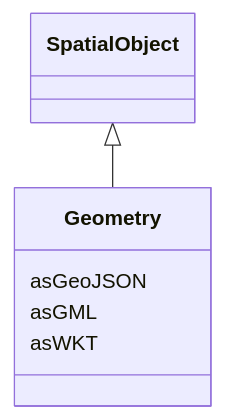
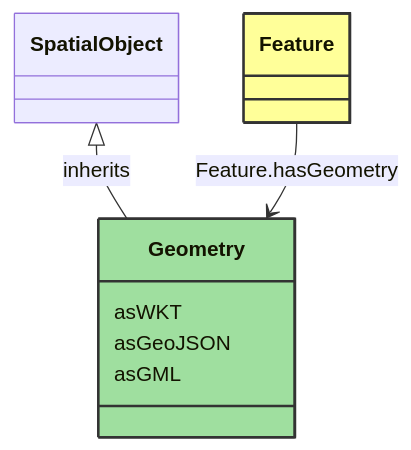
One commit to 3lbits/NoCIMExtensions changed the diagram in docs/AviationObstacle/Geometry.md. Above: the diagram before and after it, drawn with Mermaid. The commit also changed other lines of this file and 177 other files, not shown here.

````diff
--- a/docs/AviationObstacle/Geometry.md
+++ b/docs/AviationObstacle/Geometry.md
@@ -16,15 +8,26 @@
 ```mermaid
- classDiagram
+classDiagram
     class Geometry
-    click Geometry href "../Geometry"
-      SpatialObject <|-- Geometry
-        click SpatialObject href "../SpatialObject"
-      
-      Geometry : asGeoJSON
-        
-      Geometry : asGML
-        
-      Geometry : asWKT
-        
-      
+    click Geometry href "/AviationObstacle/Geometry/"
+    style Geometry fill:#9fdf9f,stroke:#333,stroke-width:2px,rx:10,ry:10
+
+        SpatialObject <|-- Geometry : inherits
+            click SpatialObject href "/AviationObstacle/SpatialObject/"
+            style SpatialObject rx:10,ry:10
+
+        Geometry
+            click Geometry href "/AviationObstacle/Geometry/"
+            style Geometry rx:10,ry:10
+
+
+        Feature --> Geometry : Feature.hasGeometry
+
+        Feature
+            click Feature href "/AviationObstacle/Feature/"
+            style Feature fill:#ffff99,stroke:#333,stroke-width:2px,rx:10,ry:10
+
+
+        Geometry : asWKT
+        Geometry : asGeoJSON
+        Geometry : asGML
 ```
````
